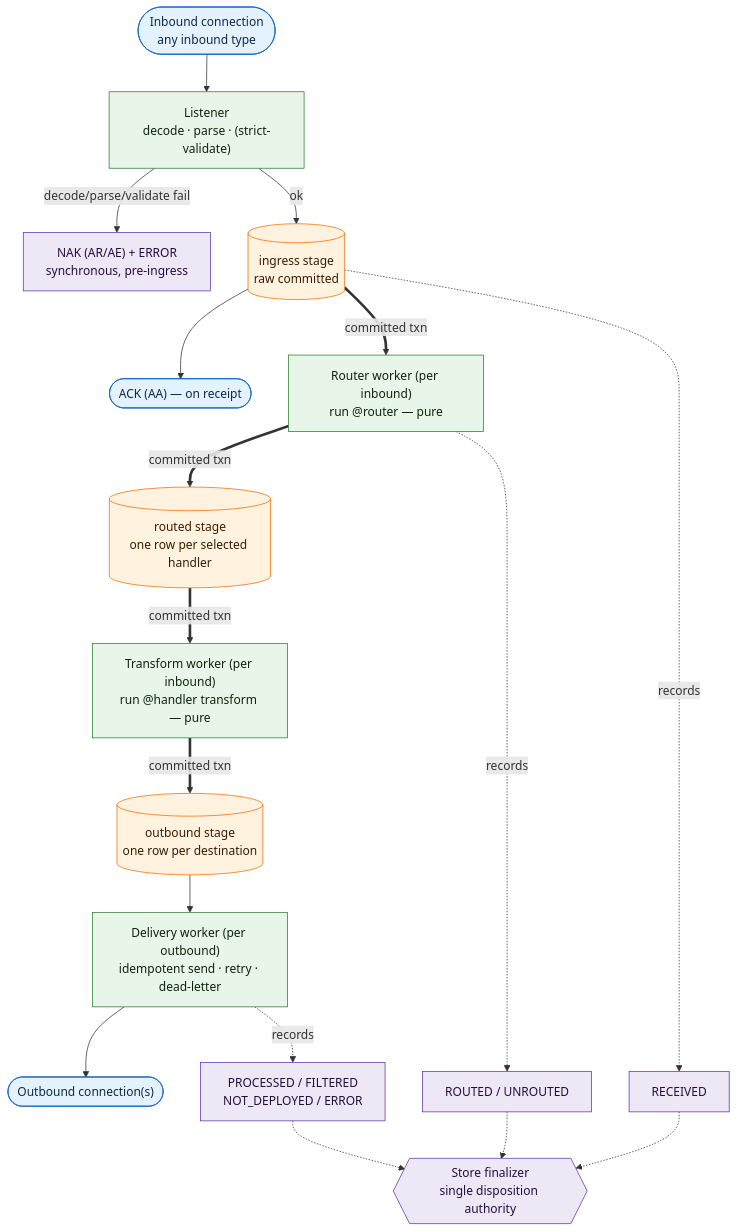
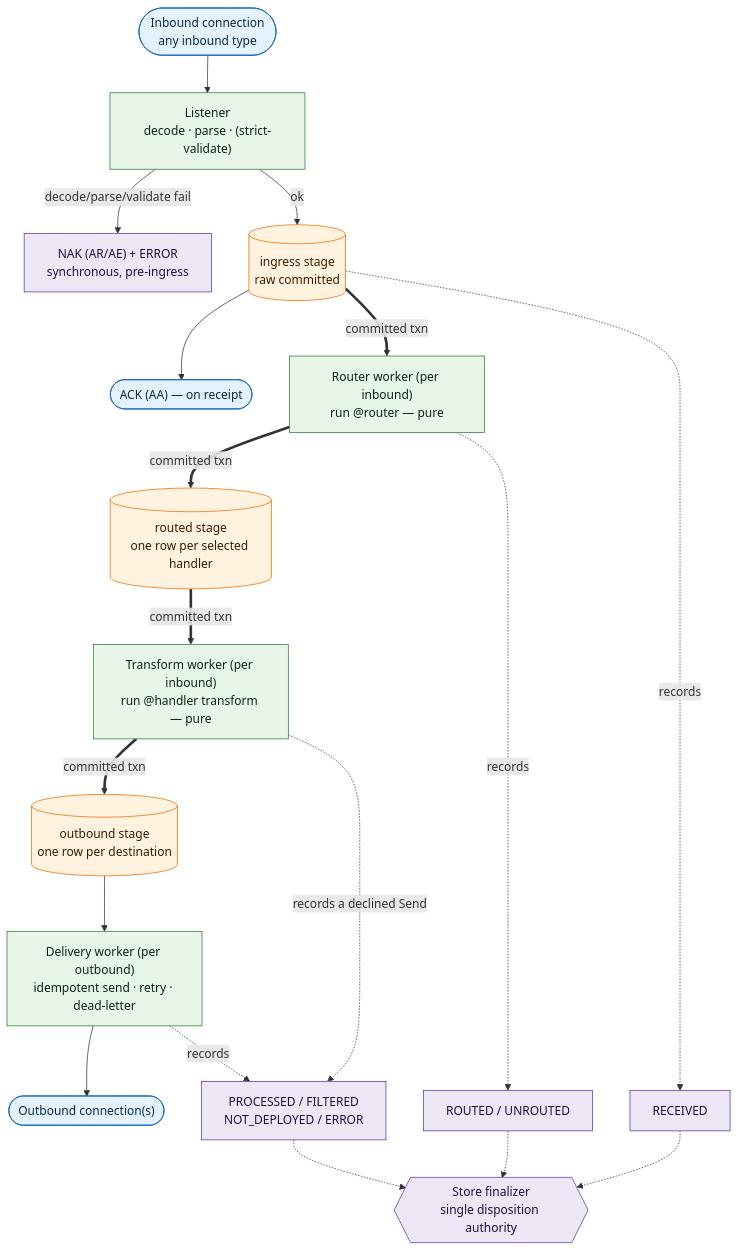
One commit to MEFORORG/MessageFoundry changed the third of 4 diagrams in docs/architecture-diagram.md. Above: the diagram before and after it, drawn with Mermaid. The commit also changed other lines of this file, not shown here.

First line of the commit message:
docs(architecture): review fixes to the diagram labels and prose

````diff
--- a/docs/architecture-diagram.md
+++ b/docs/architecture-diagram.md
@@ -234,43 +231,44 @@
 ```mermaid
 flowchart TB
   classDef stage fill:#fff3e0,stroke:#ef6c00,color:#3a1d00;
   classDef worker fill:#e8f5e9,stroke:#2e7d32,color:#10240f;
   classDef disp fill:#ede7f6,stroke:#5e35b1,color:#22103f;
   classDef io fill:#e3f2fd,stroke:#1565c0,color:#0d2b45;
 
   SRC(["Inbound connection<br/>any inbound type"]):::io
   LISTEN["Listener<br/>decode · parse · (strict-validate)"]:::worker
   NAK["NAK (AR/AE) + ERROR<br/>synchronous, pre-ingress"]:::disp
 
   ING[("ingress stage<br/>raw committed")]:::stage
   ACK(["ACK (AA) — on receipt"]):::io
   RW["Router worker (per inbound)<br/>run @router — pure"]:::worker
   ROUTED[("routed stage<br/>one row per selected handler")]:::stage
   TW["Transform worker (per inbound)<br/>run @handler transform — pure"]:::worker
   OUT[("outbound stage<br/>one row per destination")]:::stage
   DW["Delivery worker (per outbound)<br/>idempotent send · retry · dead-letter"]:::worker
   DEST(["Outbound connection(s)"]):::io
 
   FIN{{"Store finalizer<br/>single disposition authority"}}:::disp
   D1["RECEIVED"]:::disp
   D2["ROUTED / UNROUTED"]:::disp
   D3["PROCESSED / FILTERED<br/>NOT_DEPLOYED / ERROR"]:::disp
 
   SRC --> LISTEN
   LISTEN -->|"decode/parse/validate fail"| NAK
   LISTEN -->|"ok"| ING
   ING --> ACK
   ING ==>|"committed txn"| RW
   RW ==>|"committed txn"| ROUTED
   ROUTED ==>|"committed txn"| TW
   TW ==>|"committed txn"| OUT
   OUT --> DW
   DW --> DEST
 
   ING -.->|"records"| D1
   RW -.->|"records"| D2
+  TW -.->|"records a declined Send"| D3
   DW -.->|"records"| D3
   D1 -.-> FIN
   D2 -.-> FIN
   D3 -.-> FIN
 ```
````
